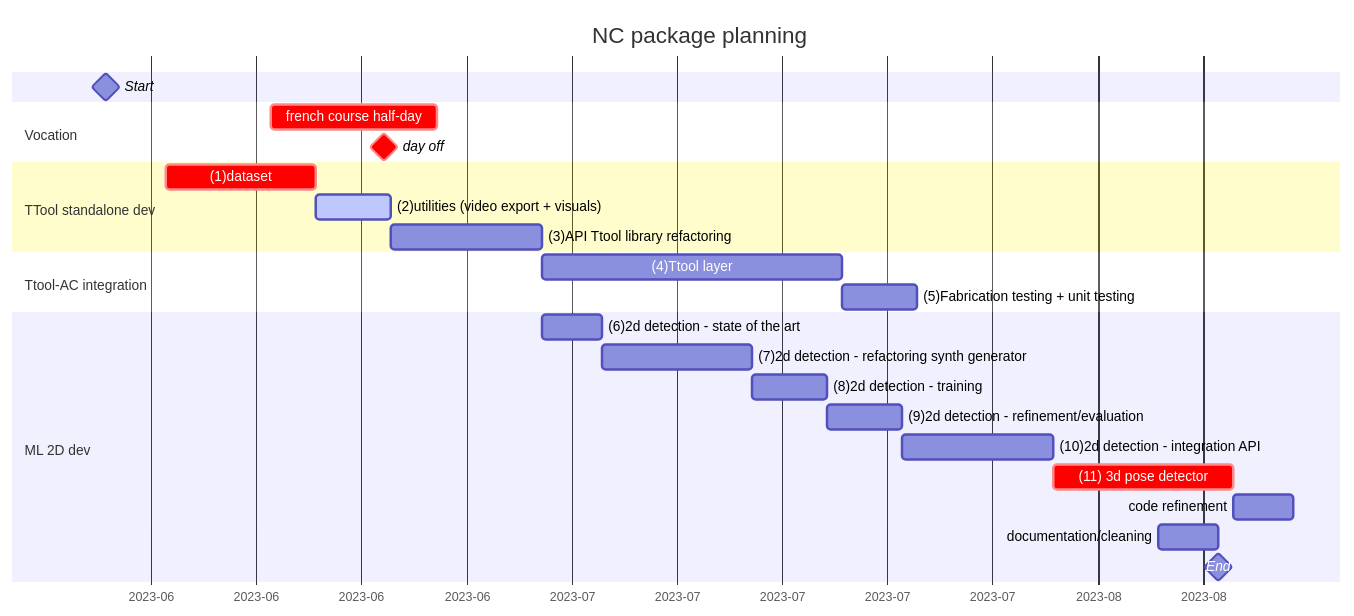
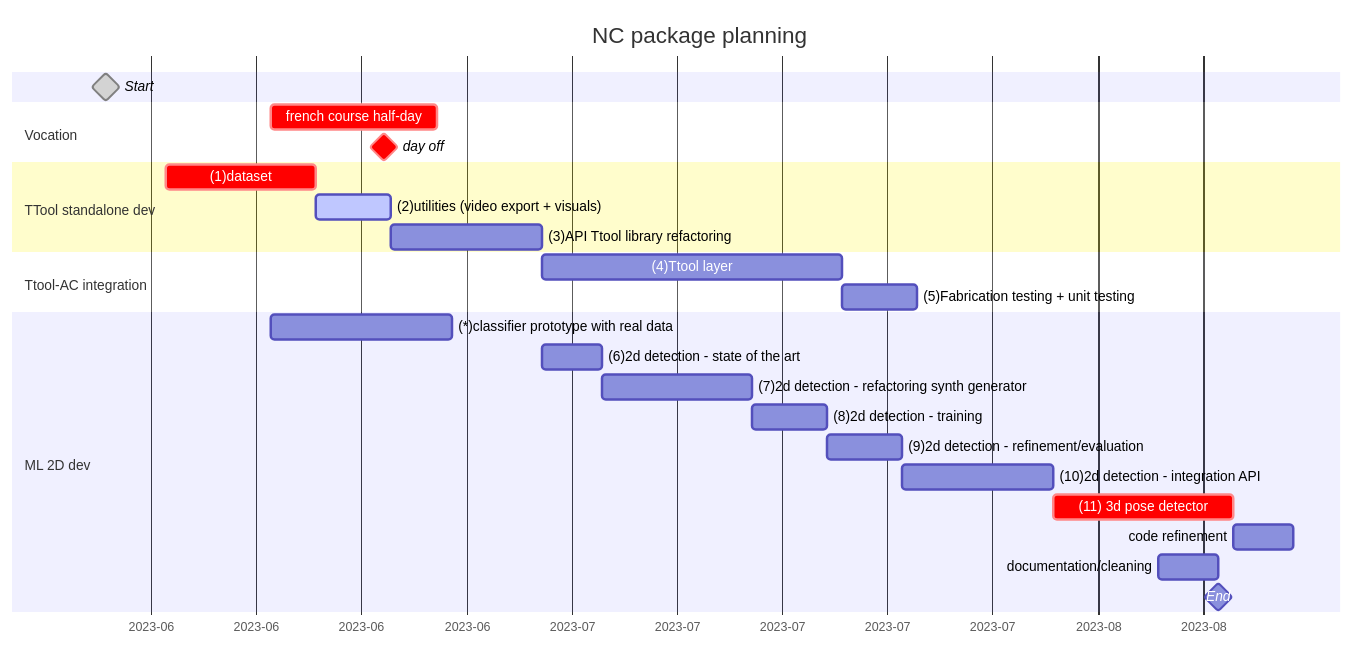
Before and after one commit to ibois-epfl/TTool: the first of 3 diagrams in README.md, drawn with Mermaid.

Commit message:
ADD: Update planning [no ci]

````diff
--- a/README.md
+++ b/README.md
@@ -10,34 +10,35 @@
 ```mermaid
 gantt
     dateFormat  YYYY-MM-DD
     title       NC package planning
     axisFormat %Y-%m
 
-    Start                                                     :milestone, strt, 2023-06-01, 0d
+    Start                                                     :milestone, done, strt, 2023-06-01, 0d
 
     section Vocation
     french course half-day                                    :crit, 2023-06-12, 2023-06-23
     day off                                                   :crit, milestone, 2023-06-16
 
     section TTool standalone dev
     (1)dataset                                                   :crit, dtset, 2023-06-05, 10d
     (2)utilities (video export + visuals)                        :active, util, after dtset, 5d
     (3)API Ttool library refactoring                             :apirefct, after util, 10d
 
     section Ttool-AC integration
     (4)Ttool layer                                               :ttollay, after apirefct, 20d
     (5)Fabrication testing + unit testing                        :ftref, after ttollay, 5d
 
     section ML 2D dev
+    (*)classifier prototype with real data                       :classrdata, 2023-06-12, 2023-06-24
     (6)2d detection - state of the art                           :2ddetsota, after apirefct, 4d
     (7)2d detection - refactoring synth generator                :2ddetref, after 2ddetsota, 10d
     (8)2d detection - training                                   :2ddettra, after 2ddetref, 5d
     (9)2d detection - refinement/evaluation                      :2ddetrefin, after 2ddettra, 5d
     (10)2d detection - integration API                           :2ddetinteg, after 2ddetrefin, 10d
     (11) 3d pose detector                                        :crit, 3dposde, after 2ddetinteg, 12d
 
     code refinement                                           :ref, after 3dposde, 4d
     documentation/cleaning                                    :docclean, 2023-08-10, 2023-08-14
 
     End                                                       :milestone, ender, 2023-08-14, 0d
 ```
````
